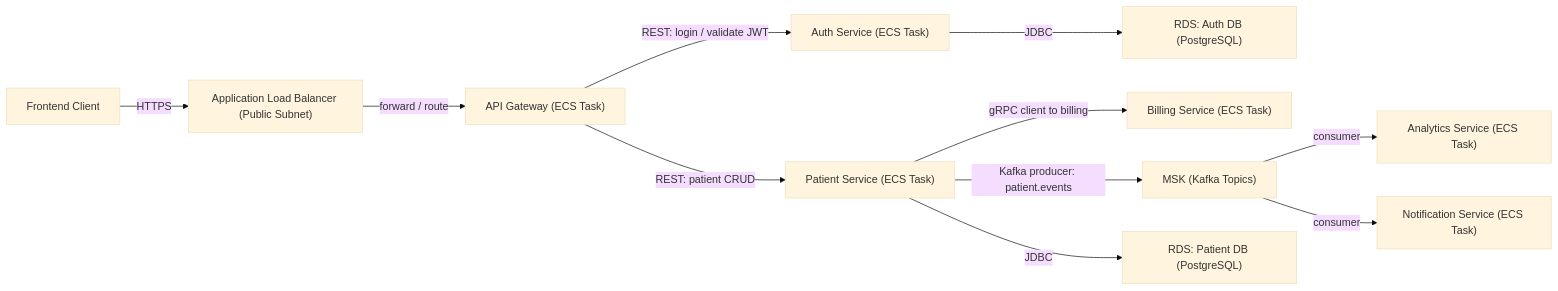
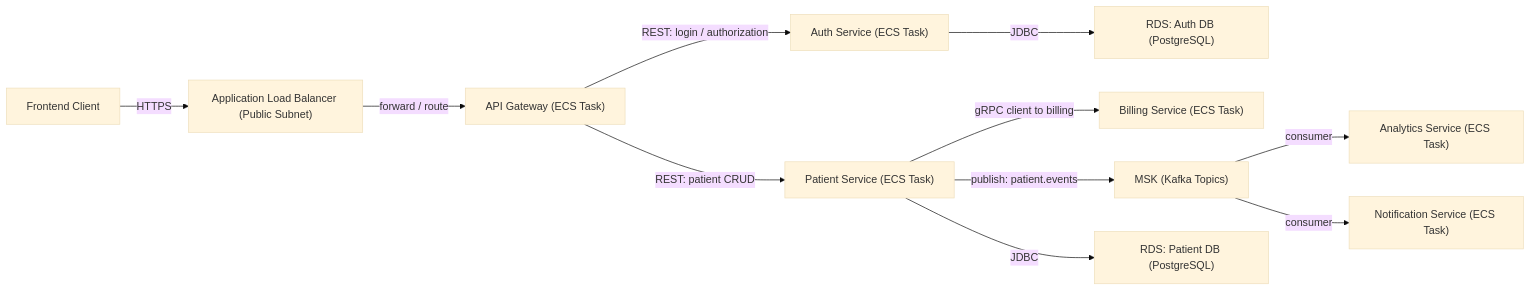
One commit to psobow/health-care-system changed the second of 2 diagrams in README.md. Above: the diagram before and after it, drawn with Mermaid (base theme). The commit also changed other lines of this file and 5 other files, not shown here.

````diff
--- a/README.md
+++ b/README.md
@@ -94,40 +95,40 @@
 ```mermaid
 graph LR
   %% Edge / Clients
   UI["Frontend Client"]
   ALB["Application Load Balancer (Public Subnet)"]
   GW["API Gateway (ECS Task)"]
 
   %% ECS Services
   AUTH["Auth Service (ECS Task)"]
   PAT["Patient Service (ECS Task)"]
   BILL["Billing Service (ECS Task)"]
   ANA["Analytics Service (ECS Task)"]
   NOTIF["Notification Service (ECS Task)"]
 
   %% Data Plane
   MSK["MSK (Kafka Topics)"]
   RDS_AUTH["RDS: Auth DB (PostgreSQL)"]
   RDS_PAT["RDS: Patient DB (PostgreSQL)"]
 
   %% Request path
   UI -->|HTTPS| ALB
   ALB -->|forward / route| GW
 
   %% Gateway -> Services
-  GW -->|REST: login / validate JWT| AUTH
+  GW -->|REST: login / authorization| AUTH
   GW -->|REST: patient CRUD| PAT
 
   %% Inter-service communication
   PAT -->|gRPC client to billing| BILL
-  PAT -->|Kafka producer: patient.events| MSK
+  PAT -->|publish: patient.events| MSK
 
   %% Event consumers
   MSK -->|consumer| ANA
   MSK -->|consumer| NOTIF
 
   %% Persistence
   AUTH -->|JDBC| RDS_AUTH
   PAT -->|JDBC| RDS_PAT
 
 ```
````
